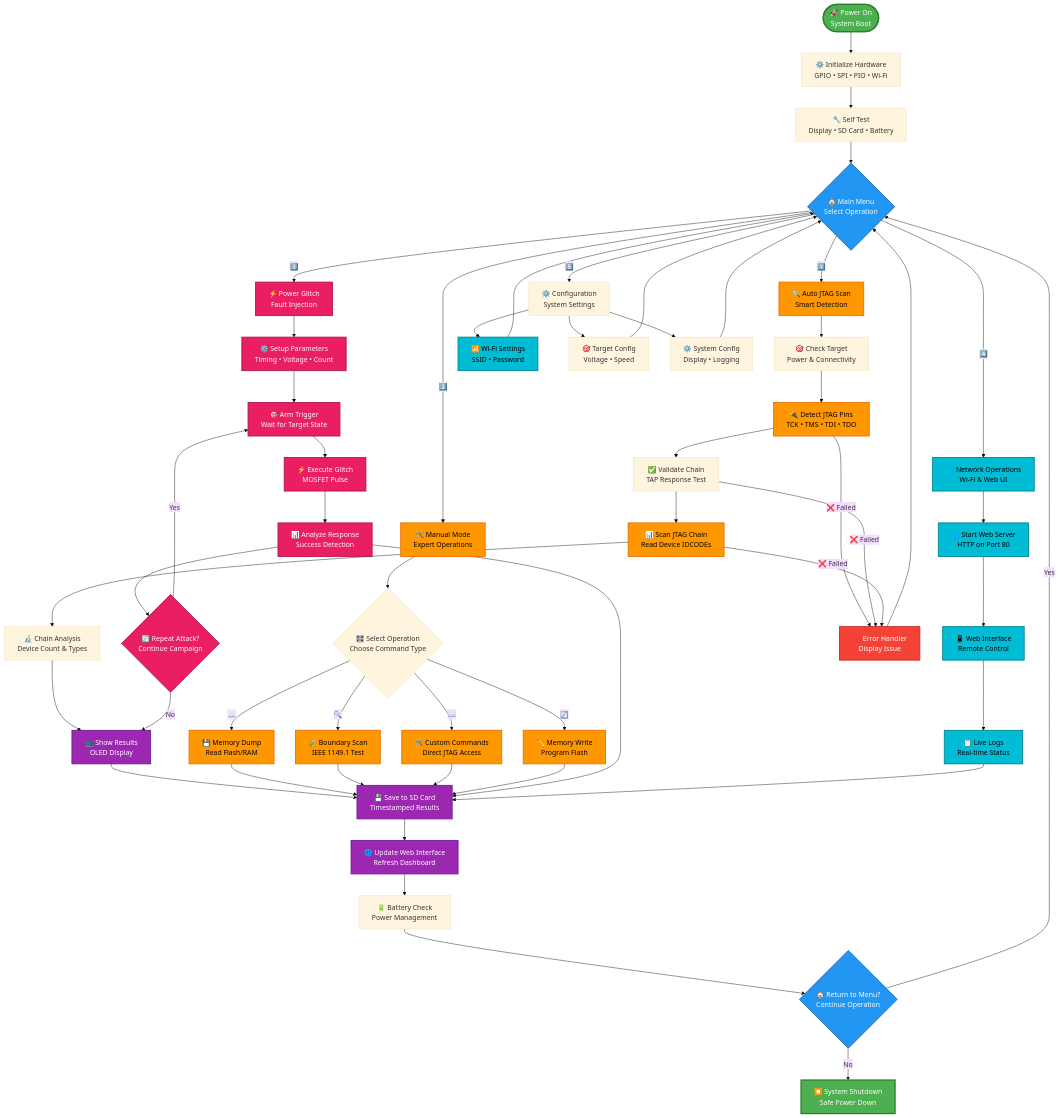
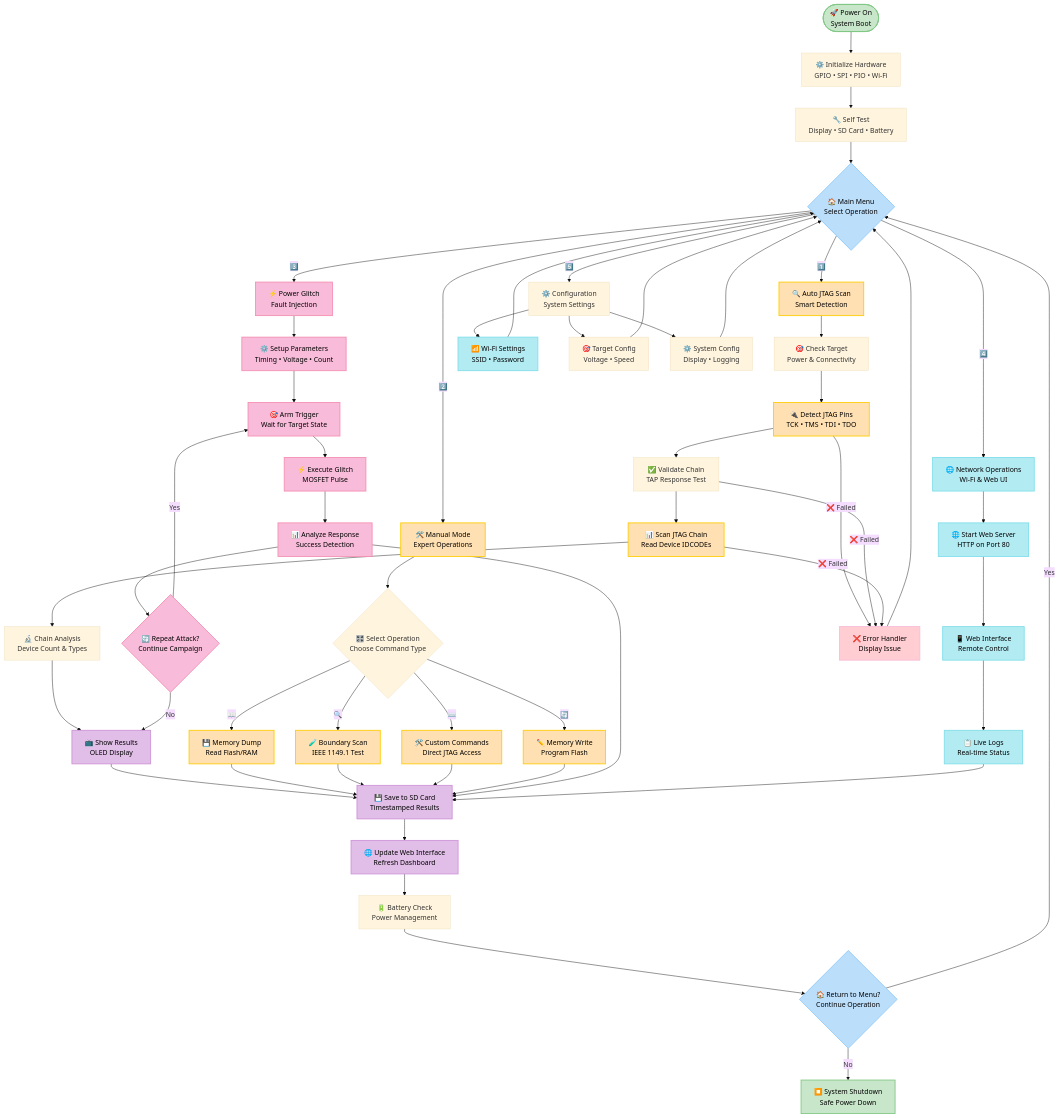
The fourth of 10 diagrams in README.md (seedon198/KISS), drawn with Mermaid (base theme) before and after one commit. The commit also changed other lines of this file, not shown here.

First line of the commit message:
🎨 Apply subtle pastel colors to JTAG/SWD and Task Architecture diagrams

```diff
--- a/README.md
+++ b/README.md
@@ -369,13 +369,13 @@
     ErrorHandler --> Menu
     
     %% Styling
-    classDef startEnd fill:#4caf50,stroke:#2e7d32,stroke-width:3px,color:#fff
-    classDef menu fill:#2196f3,stroke:#1565c0,stroke-width:2px,color:#fff
-    classDef operation fill:#ff9800,stroke:#ef6c00,stroke-width:2px,color:#000
-    classDef storage fill:#9c27b0,stroke:#6a1b9a,stroke-width:2px,color:#fff
-    classDef network fill:#00bcd4,stroke:#00838f,stroke-width:2px,color:#000
-    classDef error fill:#f44336,stroke:#c62828,stroke-width:2px,color:#fff
-    classDef glitch fill:#e91e63,stroke:#ad1457,stroke-width:2px,color:#fff
+    classDef startEnd fill:#c8e6c9,stroke:#81c784,stroke-width:2px,color:#000
+    classDef menu fill:#bbdefb,stroke:#90caf9,stroke-width:2px,color:#000
+    classDef operation fill:#ffe0b2,stroke:#ffcc02,stroke-width:2px,color:#000
+    classDef storage fill:#e1bee7,stroke:#ce93d8,stroke-width:2px,color:#000
+    classDef network fill:#b2ebf2,stroke:#80deea,stroke-width:2px,color:#000
+    classDef error fill:#ffcdd2,stroke:#f8bbd9,stroke-width:2px,color:#000
+    classDef glitch fill:#f8bbd9,stroke:#f48fb1,stroke-width:2px,color:#000
     
     class Start,Shutdown startEnd
     class Menu,BackToMenu menu
```
